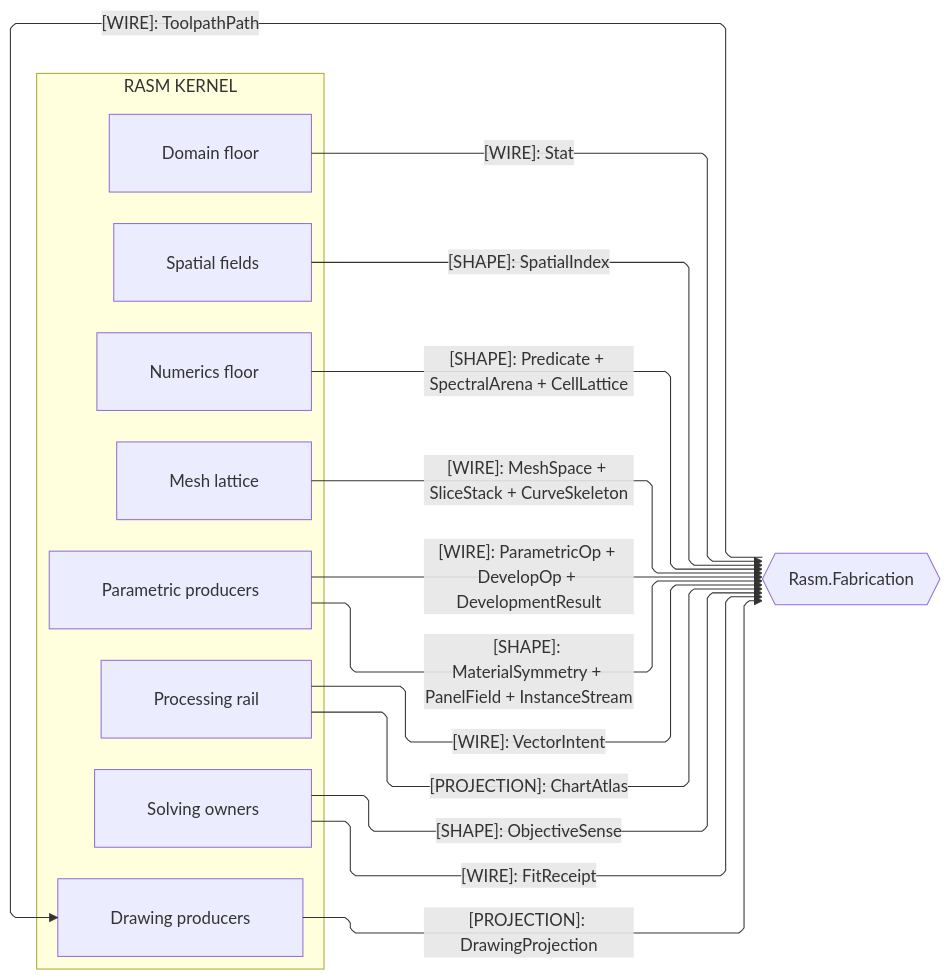
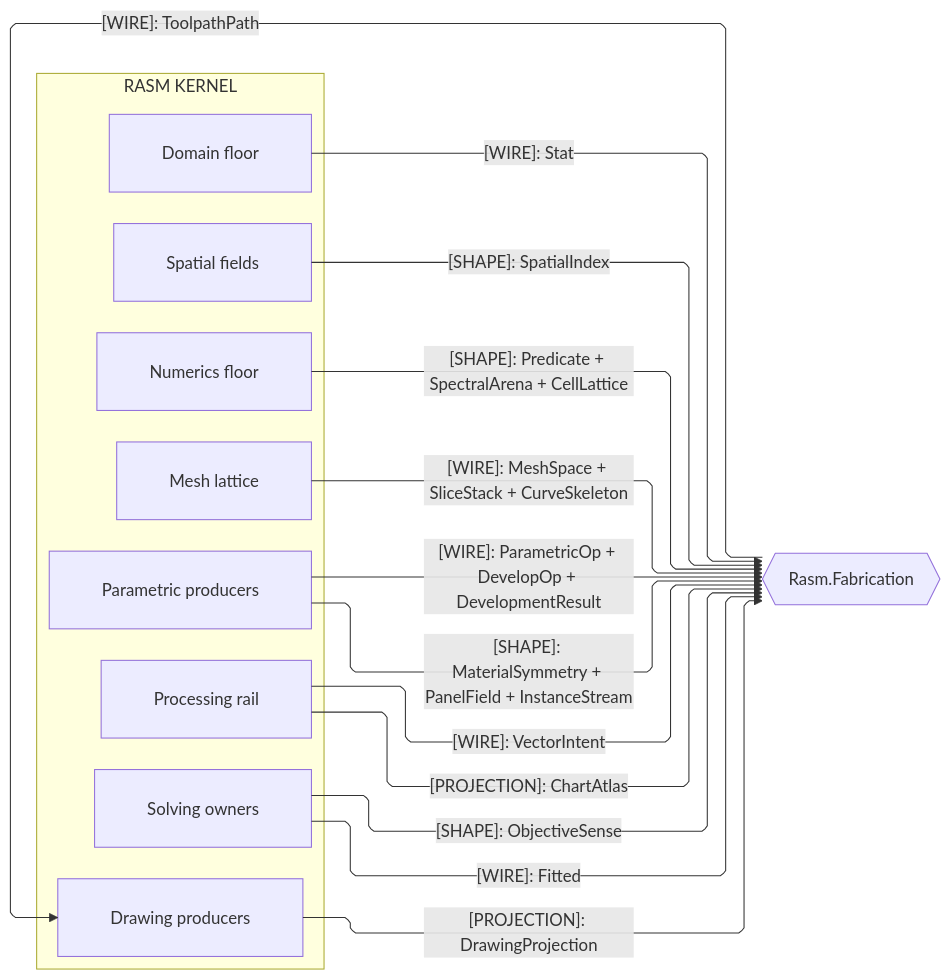
One commit to bsamiee/Rasm changed the third of 4 diagrams in libs/dotnet/Rasm/ARCHITECTURE.md. Above: the diagram before and after it, drawn with Mermaid. The commit also changed other lines of this file and 1417 other files, not shown here.

````diff
--- a/libs/dotnet/Rasm/ARCHITECTURE.md
+++ b/libs/dotnet/Rasm/ARCHITECTURE.md
@@ -246,35 +246,35 @@
 ```mermaid
 ---
 config:
   layout: elk
   flowchart:
     curve: linear
     padding: 25
 ---
 flowchart LR
     accTitle: Kernel fabrication seams
     accDescr: Kernel owners projecting substrate, algorithm, and drawing shapes to the fabrication peer and reading its posted toolpath pack back.
     subgraph rasm[RASM KERNEL]
         Domain[Domain floor]
         Spatial[Spatial fields]
         Numerics[Numerics floor]
         Meshing[Mesh lattice]
         Parametric[Parametric producers]
         Processing[Processing rail]
         Solving[Solving owners]
         Drawing[Drawing producers]
     end
     Fabrication{{Rasm.Fabrication}}
     Domain e1@-->|"[WIRE]: Stat"| Fabrication
     Spatial e2@-->|"[SHAPE]: SpatialIndex"| Fabrication
     Numerics e3@-->|"[SHAPE]: Predicate + SpectralArena + CellLattice"| Fabrication
     Meshing e4@-->|"[WIRE]: MeshSpace + SliceStack + CurveSkeleton"| Fabrication
     Parametric e5@-->|"[WIRE]: ParametricOp + DevelopOp + DevelopmentResult"| Fabrication
     Parametric e12@-->|"[SHAPE]: MaterialSymmetry + PanelField + InstanceStream"| Fabrication
     Processing e6@-->|"[WIRE]: VectorIntent"| Fabrication
     Processing e7@-->|"[PROJECTION]: ChartAtlas"| Fabrication
     Solving e8@-->|"[SHAPE]: ObjectiveSense"| Fabrication
-    Solving e9@-->|"[WIRE]: FitReceipt"| Fabrication
+    Solving e9@-->|"[WIRE]: Fitted"| Fabrication
     Drawing e10@-->|"[PROJECTION]: DrawingProjection"| Fabrication
     Fabrication e11@-->|"[WIRE]: ToolpathPath"| Drawing
 ```
````
